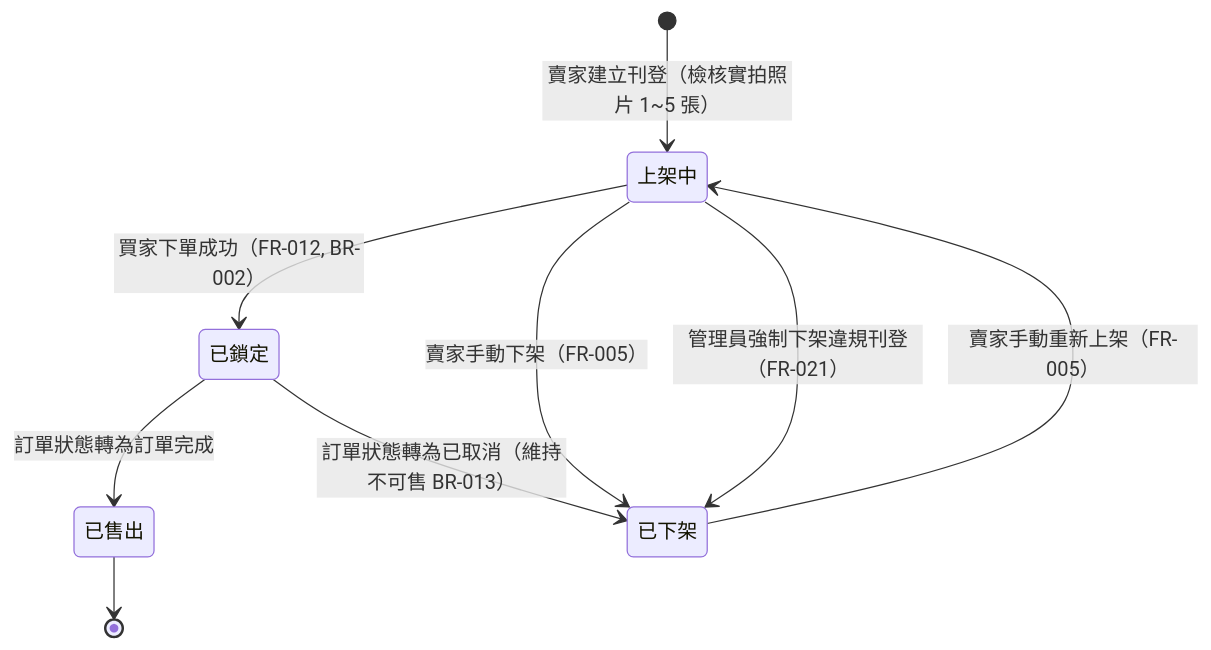
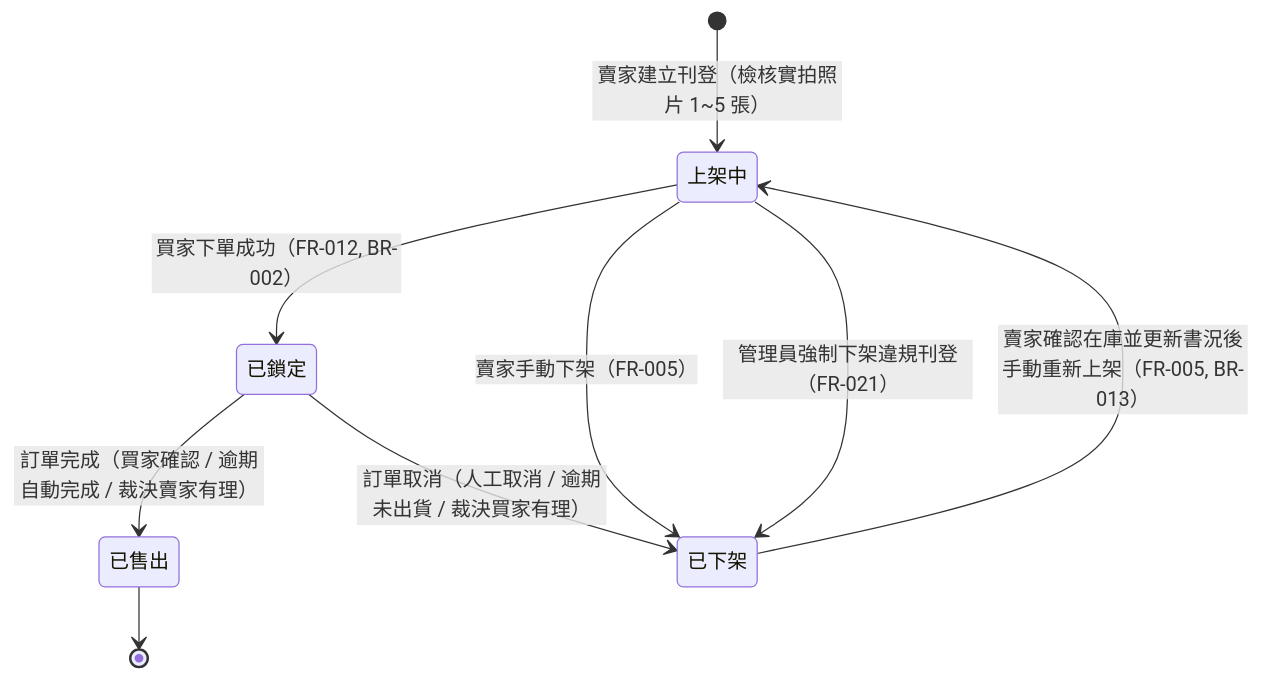
The diagram in docs/uml/04_listing_state_diagram.mmd (hsiang051/NTUST-SE-Project), drawn with Mermaid before and after one commit. The commit also changed 5 other files, not shown here.

First line of the commit message:
docs: 更新二手書交易平台 UML 架構規格文件至 v1.1

```diff
--- a/docs/uml/04_listing_state_diagram.mmd
+++ b/docs/uml/04_listing_state_diagram.mmd
@@ -1,14 +1,14 @@
 stateDiagram-v2
     direction TB
 
     [*] --> 上架中 : 賣家建立刊登（檢核實拍照片 1~5 張）
-    已下架 --> 上架中 : 賣家手動重新上架（FR-005）
+    已下架 --> 上架中 : 賣家確認在庫並更新書況後手動重新上架（FR-005, BR-013）
 
     上架中 --> 已鎖定 : 買家下單成功（FR-012, BR-002）
     上架中 --> 已下架 : 賣家手動下架（FR-005）
     上架中 --> 已下架 : 管理員強制下架違規刊登（FR-021）
 
-    已鎖定 --> 已售出 : 訂單狀態轉為訂單完成
-    已鎖定 --> 已下架 : 訂單狀態轉為已取消（維持不可售 BR-013）
+    已鎖定 --> 已售出 : 訂單完成（買家確認 / 逾期自動完成 / 裁決賣家有理）
+    已鎖定 --> 已下架 : 訂單取消（人工取消 / 逾期未出貨 / 裁決買家有理）
 
     已售出 --> [*]
```
